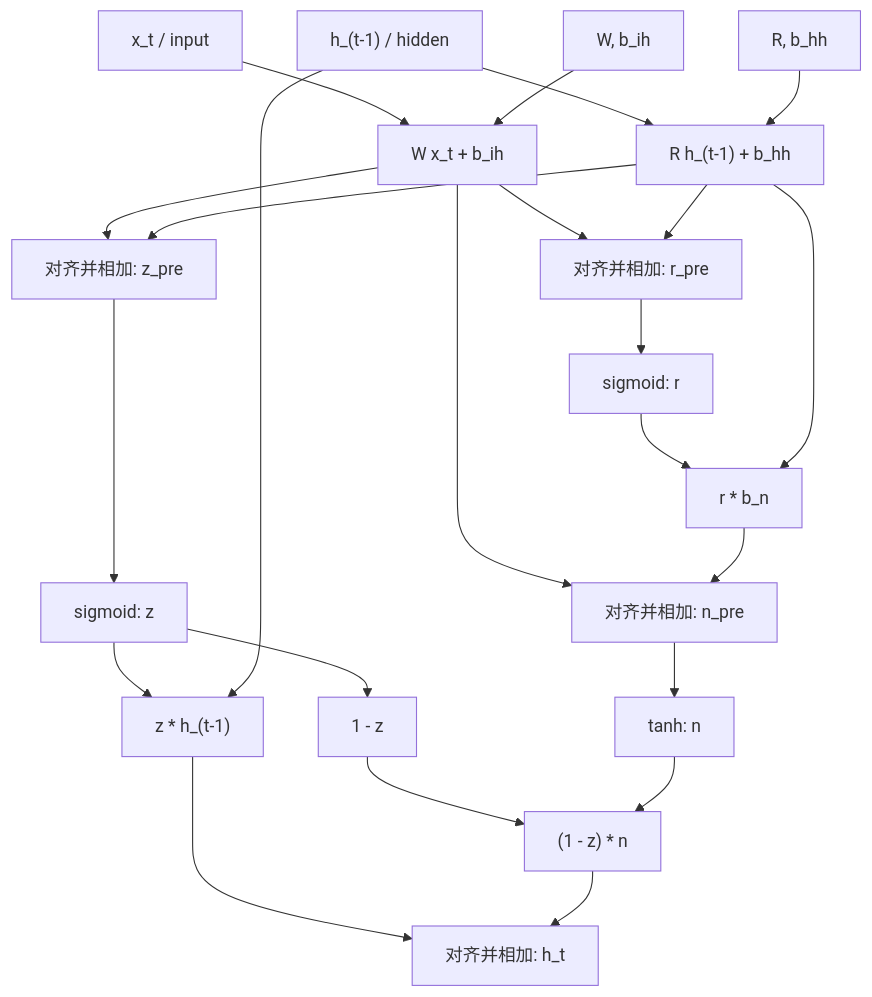
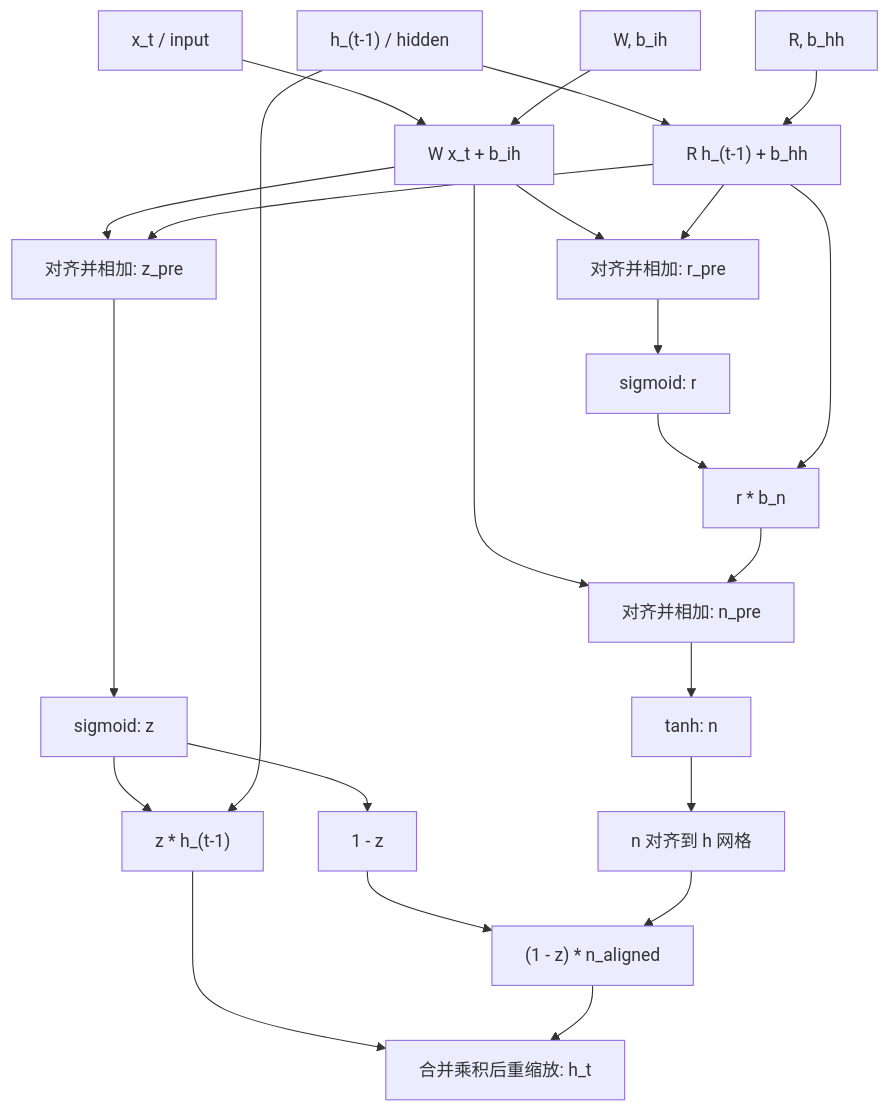
The second of 3 diagrams in operators/quant-gru/docs/GRU量化计算流程.md (reexen-tech/rx-met), drawn with Mermaid before and after one commit. The commit also changed other lines of this file and 45 other files, not shown here.

````diff
--- a/operators/quant-gru/docs/GRU量化计算流程.md
+++ b/operators/quant-gru/docs/GRU量化计算流程.md
@@ -61,25 +61,26 @@
 ```mermaid
 flowchart TB
     X["x_t / input"] --> IX["W x_t + b_ih"]
     W["W, b_ih"] --> IX
     H0["h_(t-1) / hidden"] --> HH["R h_(t-1) + b_hh"]
     R["R, b_hh"] --> HH
     IX --> ZADD["对齐并相加: z_pre"]
     HH --> ZADD
     ZADD --> ZACT["sigmoid: z"]
     IX --> RADD["对齐并相加: r_pre"]
     HH --> RADD
     RADD --> RACT["sigmoid: r"]
     RACT --> RMUL["r * b_n"]
     HH --> RMUL
     IX --> NADD["对齐并相加: n_pre"]
     RMUL --> NADD
     NADD --> NACT["tanh: n"]
     ZACT --> OLD["z * h_(t-1)"]
     H0 --> OLD
     ZACT --> ONE["1 - z"]
-    ONE --> NEW["(1 - z) * n"]
-    NACT --> NEW
-    OLD --> HNEW["对齐并相加: h_t"]
+    ONE --> NEW["(1 - z) * n_aligned"]
+    NACT --> NALIGN["n 对齐到 h 网格"]
+    NALIGN --> NEW
+    OLD --> HNEW["合并乘积后重缩放: h_t"]
     NEW --> HNEW
 ```
````
